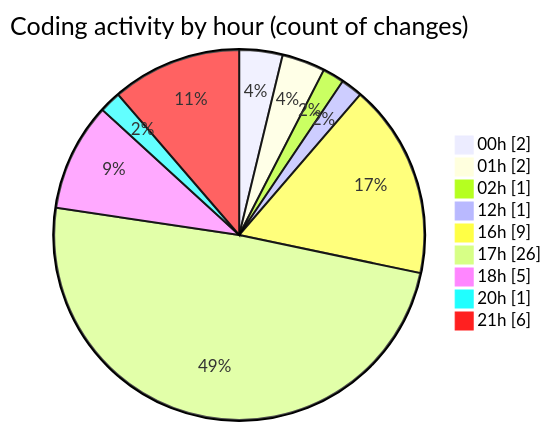
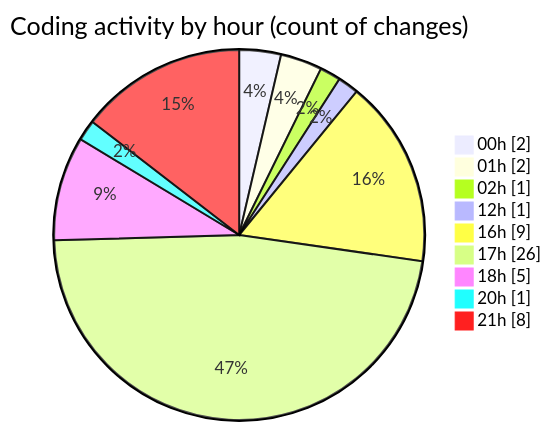
The second of 2 diagrams in 2026-07-09/twenty_versions_aminor/README.md (shibass792/code-tracking), drawn with Mermaid before and after one commit. The commit also changed other lines of this file and 1 other file, not shown here.

````diff
--- a/2026-07-09/twenty_versions_aminor/README.md
+++ b/2026-07-09/twenty_versions_aminor/README.md
@@ -49,13 +49,13 @@
 ```mermaid
 pie showData
 title Coding activity by hour (count of changes)
 "00h" : 2
 "01h" : 2
 "02h" : 1
 "12h" : 1
 "16h" : 9
 "17h" : 26
 "18h" : 5
 "20h" : 1
-"21h" : 6
+"21h" : 8
 ```
````
